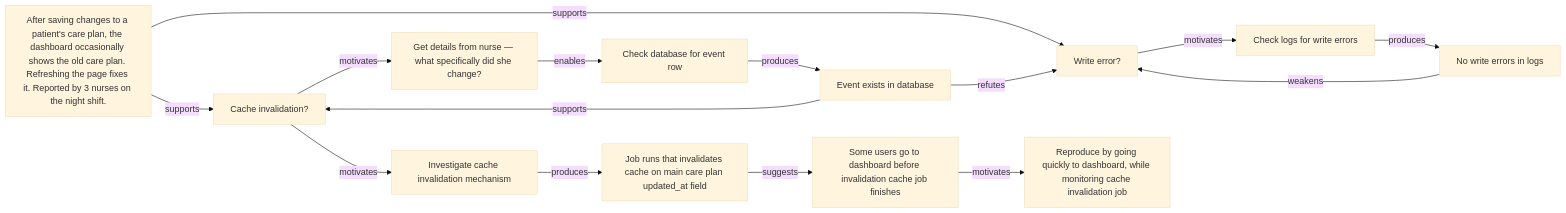
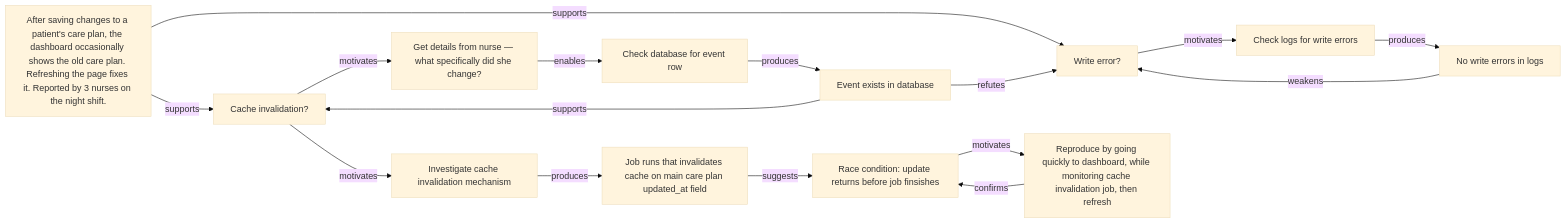
One commit to kahunacohen/why changed the diagram in diagrams/bug.mmd. Above: the diagram before and after it, drawn with Mermaid (base theme).

Commit message:
Update race condition and reproduction details in bug diagram
Clarify race condition description and reproduction steps.

```diff
--- a/diagrams/bug.mmd
+++ b/diagrams/bug.mmd
@@ -1,77 +1,78 @@
 flowchart LR
 %% Bug report:
 %% After saving changes to a patient's care plan, the dashboard occasionally
 %% shows the old care plan. Refreshing the page a few seconds later shows the
 %% updated care plan. Reported by 3 nurses on the night shift.
 
 %% Root cause:
 %% Saving the care plan triggers an asynchronous cache invalidation/update
 %% process. The save request returns before the invalidation completes, creating
 %% a race condition between the dashboard reading cached data and the cache being
 %% refreshed. If the dashboard reloads before invalidation finishes, it displays
 %% stale data. A later refresh succeeds because the cache has since been updated.
 
 %% =====================================================
 %% Initial complaint
 %% =====================================================
 
 B1["After saving changes to a patient's care plan, the dashboard occasionally shows the old care plan. Refreshing the page fixes it. Reported by 3 nurses on the night shift."]
 
 %% =====================================================
 %% Initial hypotheses
 %% =====================================================
 
 H1["Write error?"]
 H2["Cache invalidation?"]
 
 B1 -->|supports| H1
 B1 -->|supports| H2
 
 %% =====================================================
 %% Investigating H1 — write error
 %% =====================================================
 
 A1["Check logs for write errors"]
 H1 -->|motivates| A1
 
 O1["No write errors in logs"]
 A1 -->|produces| O1
 
 O1 -->|weakens| H1
 
 %% =====================================================
 %% Investigating H2 — cache invalidation
 %% =====================================================
 
 A2["Get details from nurse — what specifically did she change?"]
 H2 -->|motivates| A2
 
 A3["Check database for event row"]
 A2 -->|enables| A3
 
 O2["Event exists in database"]
 A3 -->|produces| O2
 
 %% =====================================================
 %% Evidence updates hypotheses
 %% =====================================================
 
 O2 -->|refutes| H1
 O2 -->|supports| H2
 
 %% =====================================================
 %% Investigating cache invalidation mechanism
 %% =====================================================
 
 A4["Investigate cache invalidation mechanism"]
 H2 -->|motivates| A4
 
 O3["Job runs that invalidates cache on main care plan updated_at field"]
 A4 -->|produces| O3
 
-H3["Some users go to dashboard before invalidation cache job finishes"]
+H3["Race condition: update returns before job finsishes"]
 O3 --> |suggests| H3
 
 H3 --> |motivates| A5
 
-A5["Reproduce by going quickly to dashboard, while monitoring cache invalidation job"]
+A5["Reproduce by going quickly to dashboard, while monitoring cache invalidation job, then refresh"]
+A5 --> |confirms| H3
```
